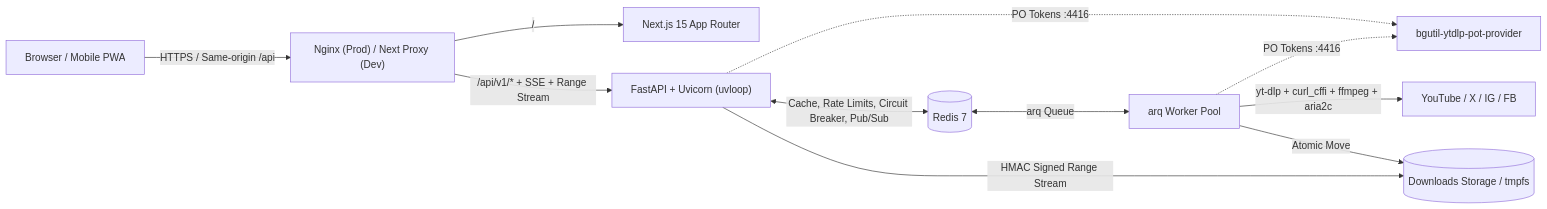
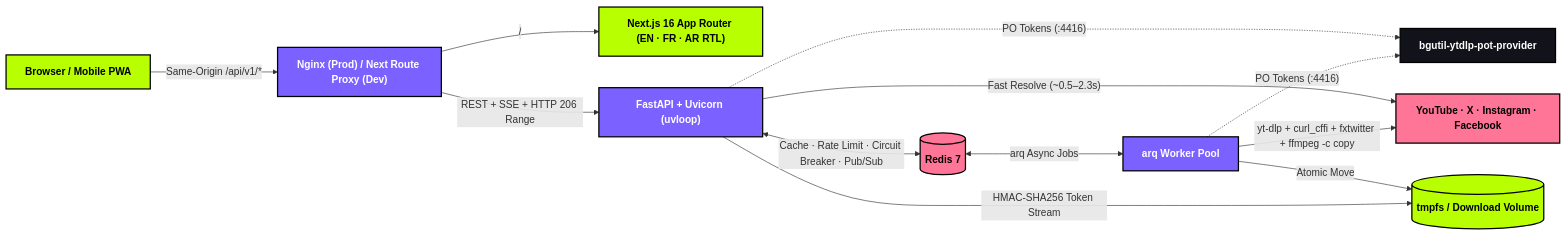
Before and after one commit to solacode-SC/fast-downloading: the first of 2 diagrams in README.md, drawn with Mermaid. The commit also changed other lines of this file and 1 other file, not shown here.

````diff
--- a/README.md
+++ b/README.md
@@ -11,13 +85,19 @@
 ```mermaid
 flowchart LR
-    Client["Browser / Mobile PWA"] -->|"HTTPS / Same-origin /api"| Proxy["Nginx (Prod) / Next Proxy (Dev)"]
-    Proxy -->|"/"| Web["Next.js 15 App Router"]
-    Proxy -->|"/api/v1/* + SSE + Range Stream"| API["FastAPI + Uvicorn (uvloop)"]
-    API <-->|"Cache, Rate Limits, Circuit Breaker, Pub/Sub"| Redis[("Redis 7")]
-    Redis <-->|"arq Queue"| Worker["arq Worker Pool"]
-    API -.->|"PO Tokens :4416"| POT["bgutil-ytdlp-pot-provider"]
-    Worker -.->|"PO Tokens :4416"| POT
-    Worker -->|"yt-dlp + curl_cffi + ffmpeg + aria2c"| Upstream["YouTube / X / IG / FB"]
-    Worker -->|"Atomic Move"| Vol[("Downloads Storage / tmpfs")]
-    API -->|"HMAC Signed Range Stream"| Vol
+    classDef lime fill:#B8FF01,stroke:#000000,stroke-width:2px,color:#000000,font-weight:bold;
+    classDef purple fill:#7B61FF,stroke:#000000,stroke-width:2px,color:#FFFFFF,font-weight:bold;
+    classDef pink fill:#FF7597,stroke:#000000,stroke-width:2px,color:#000000,font-weight:bold;
+    classDef dark fill:#12121A,stroke:#000000,stroke-width:2px,color:#FFFFFF,font-weight:bold;
+
+    U["Browser / Mobile PWA"]:::lime -->|"Same-Origin /api/v1/*"| N["Nginx (Prod) / Next Route Proxy (Dev)"]:::purple
+    N -->|"/"| FE["Next.js 16 App Router (EN · FR · AR RTL)"]:::lime
+    N -->|"REST + SSE + HTTP 206 Range"| API["FastAPI + Uvicorn (uvloop)"]:::purple
+    API <-->|"Cache · Rate Limit · Circuit Breaker · Pub/Sub"| R[("Redis 7")]:::pink
+    R <-->|"arq Async Jobs"| W["arq Worker Pool"]:::purple
+    API -.->|"PO Tokens (:4416)"| POT["bgutil-ytdlp-pot-provider"]:::dark
+    W -.->|"PO Tokens (:4416)"| POT
+    API -->|"Fast Resolve (~0.5–2.3s)"| UP["YouTube · X · Instagram · Facebook"]:::pink
+    W -->|"yt-dlp + curl_cffi + fxtwitter + ffmpeg -c copy"| UP
+    W -->|"Atomic Move"| VOL[("tmpfs / Download Volume")]:::lime
+    API -->|"HMAC-SHA256 Token Stream"| VOL
 ```
````
